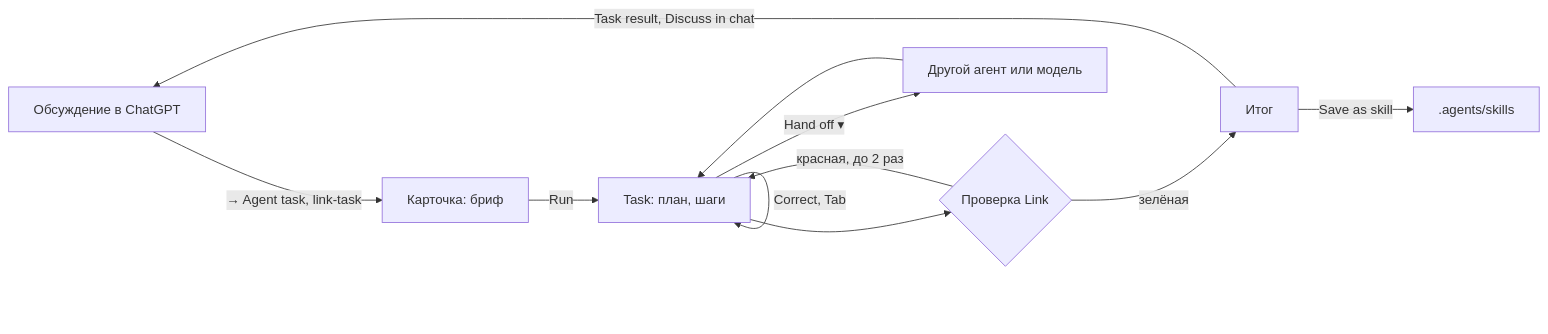
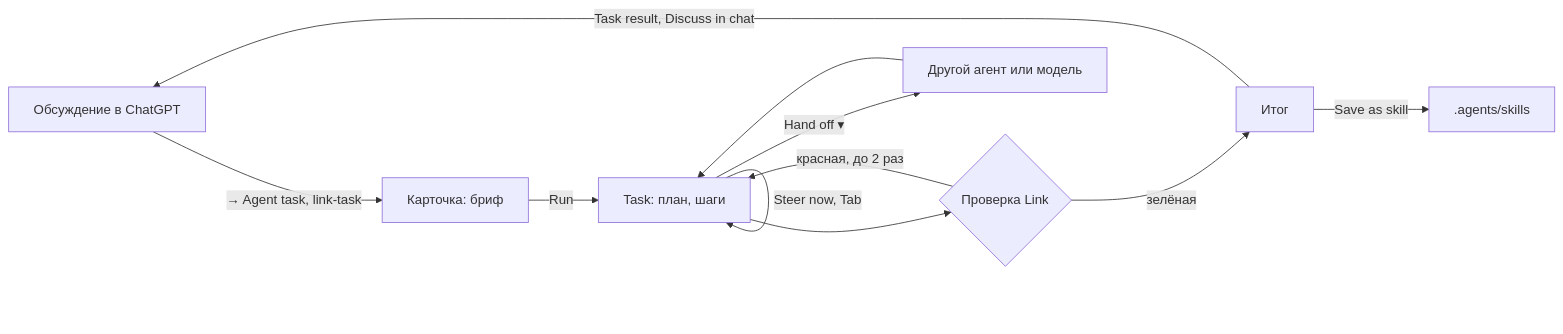
Before and after one commit to Vladlen626/LINK: the diagram in README.md, drawn with Mermaid. The commit also changed other lines of this file, not shown here.

````diff
--- a/README.md
+++ b/README.md
@@ -103,13 +125,13 @@
 ```mermaid
 flowchart LR
     A["Обсуждение в ChatGPT"] -->|"→ Agent task, link-task"| B["Карточка: бриф"]
     B -->|Run| C["Task: план, шаги"]
-    C -->|"Correct, Tab"| C
+    C -->|"Steer now, Tab"| C
     C --> D{"Проверка Link"}
     D -->|"красная, до 2 раз"| C
     D -->|зелёная| E["Итог"]
     C -->|"Hand off ▾"| F["Другой агент или модель"]
     F --> C
     E -->|"Task result, Discuss in chat"| A
     E -->|"Save as skill"| G[".agents/skills"]
 ```
````
